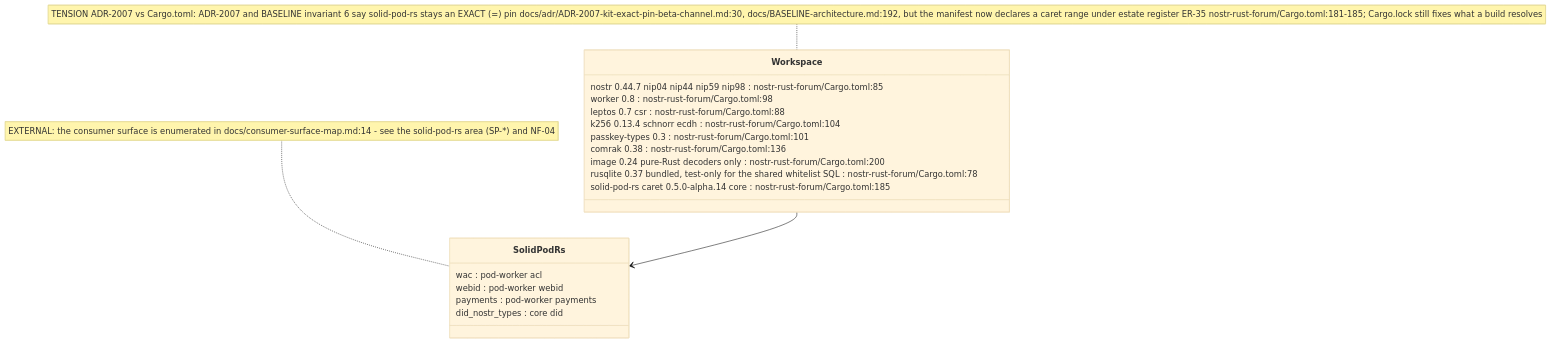
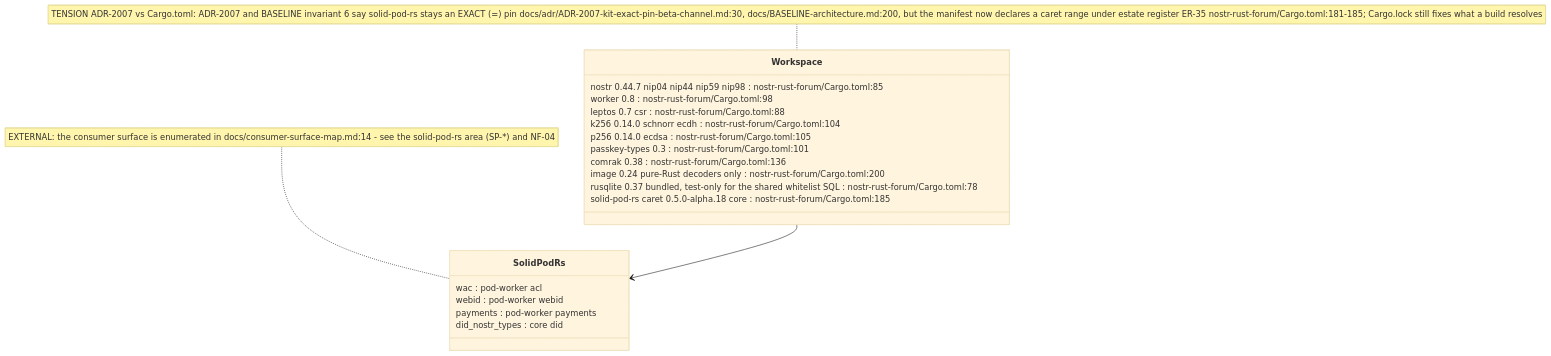
One commit to DreamLab-AI/VisionFlow changed the fourth of 6 diagrams in docs/diagrams/nostr-rust-forum/01-workspace-and-worker-topology.md. Above: the diagram before and after it, drawn with Mermaid (base theme). The commit also changed other lines of this file and 151 other files, not shown here.

````diff
--- a/docs/diagrams/nostr-rust-forum/01-workspace-and-worker-topology.md
+++ b/docs/diagrams/nostr-rust-forum/01-workspace-and-worker-topology.md
@@ -154,24 +154,25 @@
 ```mermaid
 classDiagram
     class Workspace {
         nostr 0.44.7 nip04 nip44 nip59 nip98 : nostr-rust-forum/Cargo.toml:85
         worker 0.8 : nostr-rust-forum/Cargo.toml:98
         leptos 0.7 csr : nostr-rust-forum/Cargo.toml:88
-        k256 0.13.4 schnorr ecdh : nostr-rust-forum/Cargo.toml:104
+        k256 0.14.0 schnorr ecdh : nostr-rust-forum/Cargo.toml:104
+        p256 0.14.0 ecdsa : nostr-rust-forum/Cargo.toml:105
         passkey-types 0.3 : nostr-rust-forum/Cargo.toml:101
         comrak 0.38 : nostr-rust-forum/Cargo.toml:136
         image 0.24 pure-Rust decoders only : nostr-rust-forum/Cargo.toml:200
         rusqlite 0.37 bundled, test-only for the shared whitelist SQL : nostr-rust-forum/Cargo.toml:78
-        solid-pod-rs caret 0.5.0-alpha.14 core : nostr-rust-forum/Cargo.toml:185
+        solid-pod-rs caret 0.5.0-alpha.18 core : nostr-rust-forum/Cargo.toml:185
     }
     class SolidPodRs {
         wac : pod-worker acl
         webid : pod-worker webid
         payments : pod-worker payments
         did_nostr_types : core did
     }
     Workspace --> SolidPodRs
 
-    note for Workspace "TENSION ADR-2007 vs Cargo.toml: ADR-2007 and BASELINE invariant 6 say solid-pod-rs stays an EXACT (=) pin docs/adr/ADR-2007-kit-exact-pin-beta-channel.md:30, docs/BASELINE-architecture.md:192, but the manifest now declares a caret range under estate register ER-35 nostr-rust-forum/Cargo.toml:181-185; Cargo.lock still fixes what a build resolves"
+    note for Workspace "TENSION ADR-2007 vs Cargo.toml: ADR-2007 and BASELINE invariant 6 say solid-pod-rs stays an EXACT (=) pin docs/adr/ADR-2007-kit-exact-pin-beta-channel.md:30, docs/BASELINE-architecture.md:200, but the manifest now declares a caret range under estate register ER-35 nostr-rust-forum/Cargo.toml:181-185; Cargo.lock still fixes what a build resolves"
     note for SolidPodRs "EXTERNAL: the consumer surface is enumerated in docs/consumer-surface-map.md:14 - see the solid-pod-rs area (SP-*) and NF-04"
 ```
````
